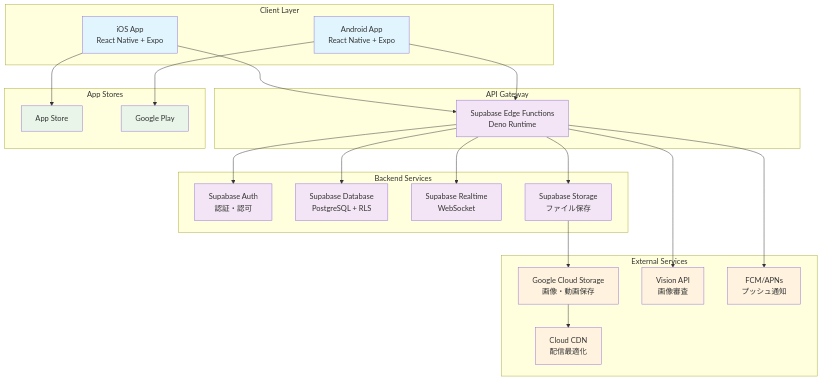
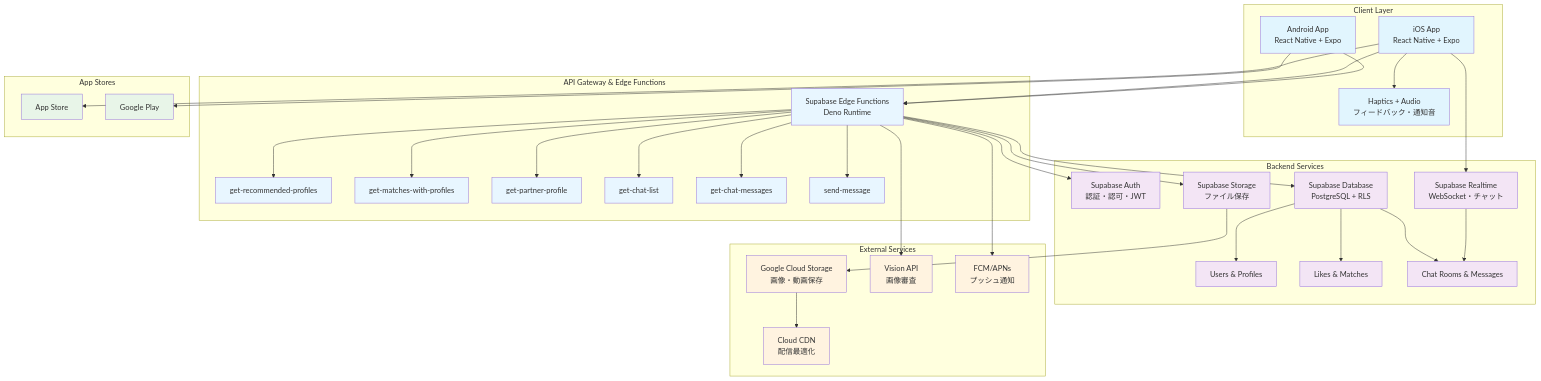
Before and after one commit to Lighthouse-projects/prototype1: the first of 2 diagrams in 2_アーキテクチャ設計書.md, drawn with Mermaid. The commit also changed other lines of this file and 3 other files, not shown here.

````diff
--- a/2_アーキテクチャ設計書.md
+++ b/2_アーキテクチャ設計書.md
@@ -13,56 +17,80 @@
 ```mermaid
 graph TB
     subgraph "Client Layer"
         A[iOS App<br/>React Native + Expo]
         B[Android App<br/>React Native + Expo]
+        A1[Haptics + Audio<br/>フィードバック・通知音]
     end
     
-    subgraph "API Gateway"
+    subgraph "API Gateway & Edge Functions"
         C[Supabase Edge Functions<br/>Deno Runtime]
+        C1[get-recommended-profiles]
+        C2[get-matches-with-profiles]
+        C3[get-partner-profile]
+        C4[get-chat-list]
+        C5[get-chat-messages]
+        C6[send-message]
     end
     
     subgraph "Backend Services"
-        D[Supabase Auth<br/>認証・認可]
+        D[Supabase Auth<br/>認証・認可・JWT]
         E[Supabase Database<br/>PostgreSQL + RLS]
-        F[Supabase Realtime<br/>WebSocket]
+        E1[Users & Profiles]
+        E2[Likes & Matches]
+        E3[Chat Rooms & Messages]
+        F[Supabase Realtime<br/>WebSocket・チャット]
         G[Supabase Storage<br/>ファイル保存]
     end
     
     subgraph "External Services"
         H[Google Cloud Storage<br/>画像・動画保存]
         I[Cloud CDN<br/>配信最適化]
         J[Vision API<br/>画像審査]
         L[FCM/APNs<br/>プッシュ通知]
     end
     
     subgraph "App Stores"
         M[App Store]
         N[Google Play]
     end
     
     A --> C
     B --> C
+    A --> A1
+    A --> F
+    
+    C --> C1
+    C --> C2
+    C --> C3
+    C --> C4
+    C --> C5
+    C --> C6
     
     C --> D
     C --> E
-    C --> F
+    E --> E1
+    E --> E2
+    E --> E3
+    F --> E3
     C --> G
     
     G --> H
     H --> I
     C --> J
     C --> L
     
     A --> M
     B --> N
     
     classDef client fill:#e1f5fe
     classDef backend fill:#f3e5f5
     classDef external fill:#fff3e0
     classDef store fill:#e8f5e8
+    classDef functions fill:#e8f6ff
     
-    class A,B client
-    class C,D,E,F,G backend
+    class A,B,A1 client
+    class C,C1,C2,C3,C4,C5,C6 functions
+    class D,E,E1,E2,E3,F,G backend
     class H,I,J,L external
     class M,N store
 ```
````
